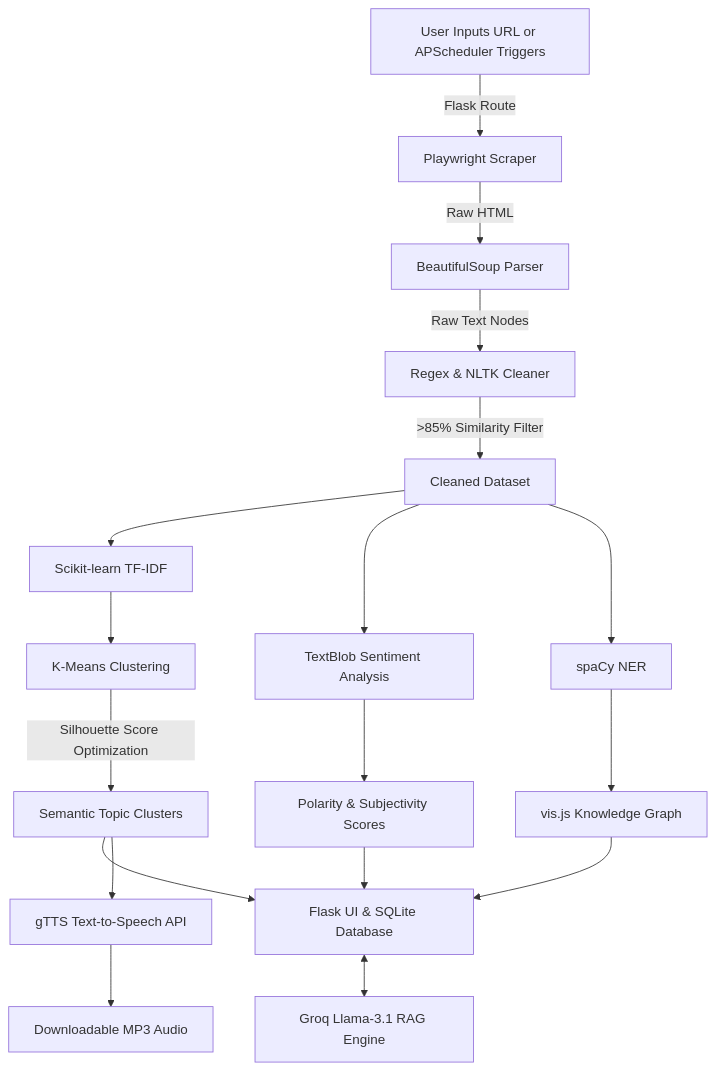
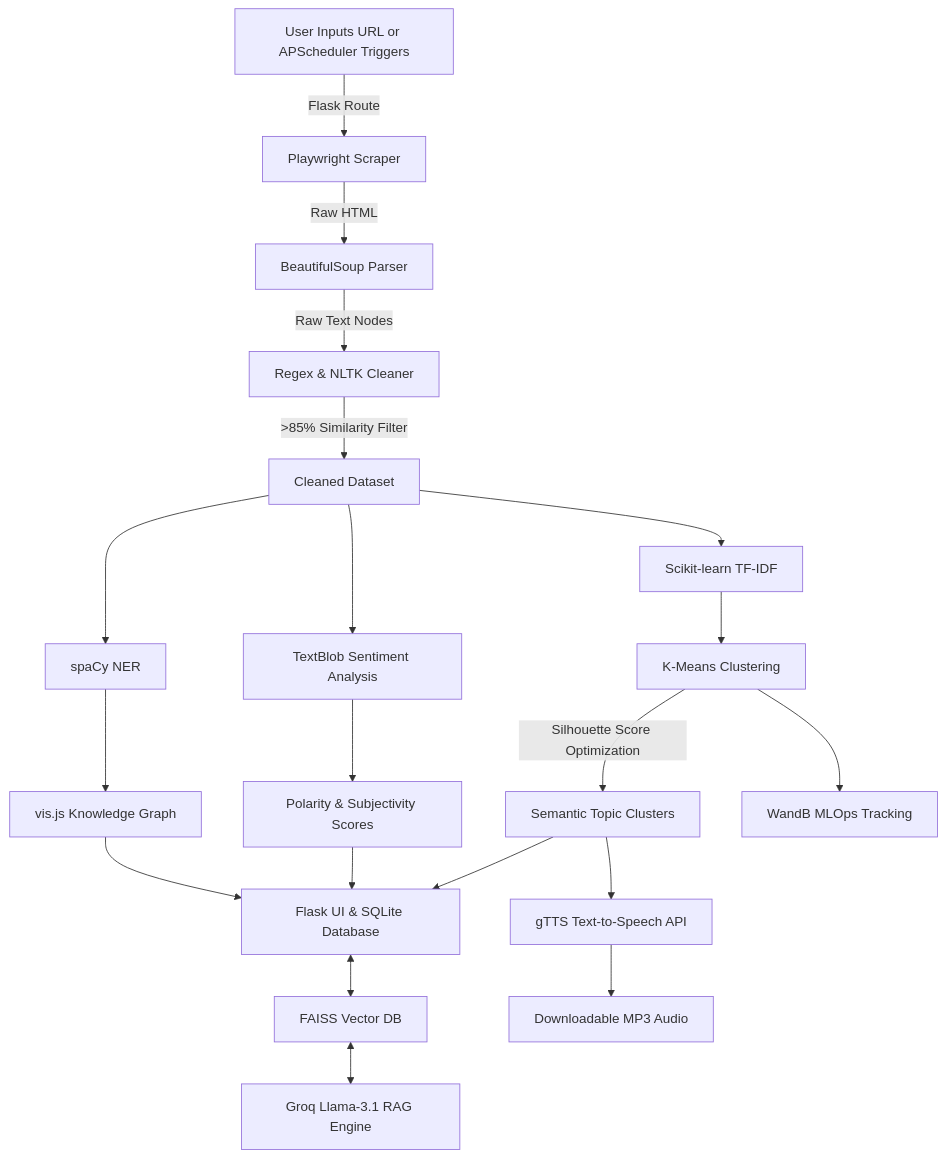
One commit to Ojaswi-Gupta/GistProbe changed the diagram in README.md. Above: the diagram before and after it, drawn with Mermaid. The commit also changed other lines of this file and 9 other files, not shown here.

Commit message:
feat: integrated FAISS RAG, WandB telemetry, and fixed garbage collection bug for UI assets

````diff
--- a/README.md
+++ b/README.md
@@ -26,22 +27,24 @@
 ```mermaid
 graph TD
     A[User Inputs URL or APScheduler Triggers] -->|Flask Route| B[Playwright Scraper]
     B -->|Raw HTML| C[BeautifulSoup Parser]
     C -->|Raw Text Nodes| D[Regex & NLTK Cleaner]
     D -->|>85% Similarity Filter| E[Cleaned Dataset]
     
     E --> F[Scikit-learn TF-IDF]
     F --> G[K-Means Clustering]
     G -->|Silhouette Score Optimization| H[Semantic Topic Clusters]
     
     E --> I[TextBlob Sentiment Analysis]
     I --> J[Polarity & Subjectivity Scores]
     
     E --> K[spaCy NER]
     K --> L[vis.js Knowledge Graph]
     
     H & J & L --> M[Flask UI & SQLite Database]
-    M <--> N[Groq Llama-3.1 RAG Engine]
+    M <--> N[FAISS Vector DB]
+    N <--> Q[Groq Llama-3.1 RAG Engine]
     H --> O[gTTS Text-to-Speech API]
+    G --> R[WandB MLOps Tracking]
     O --> P[Downloadable MP3 Audio]
 ```
````
